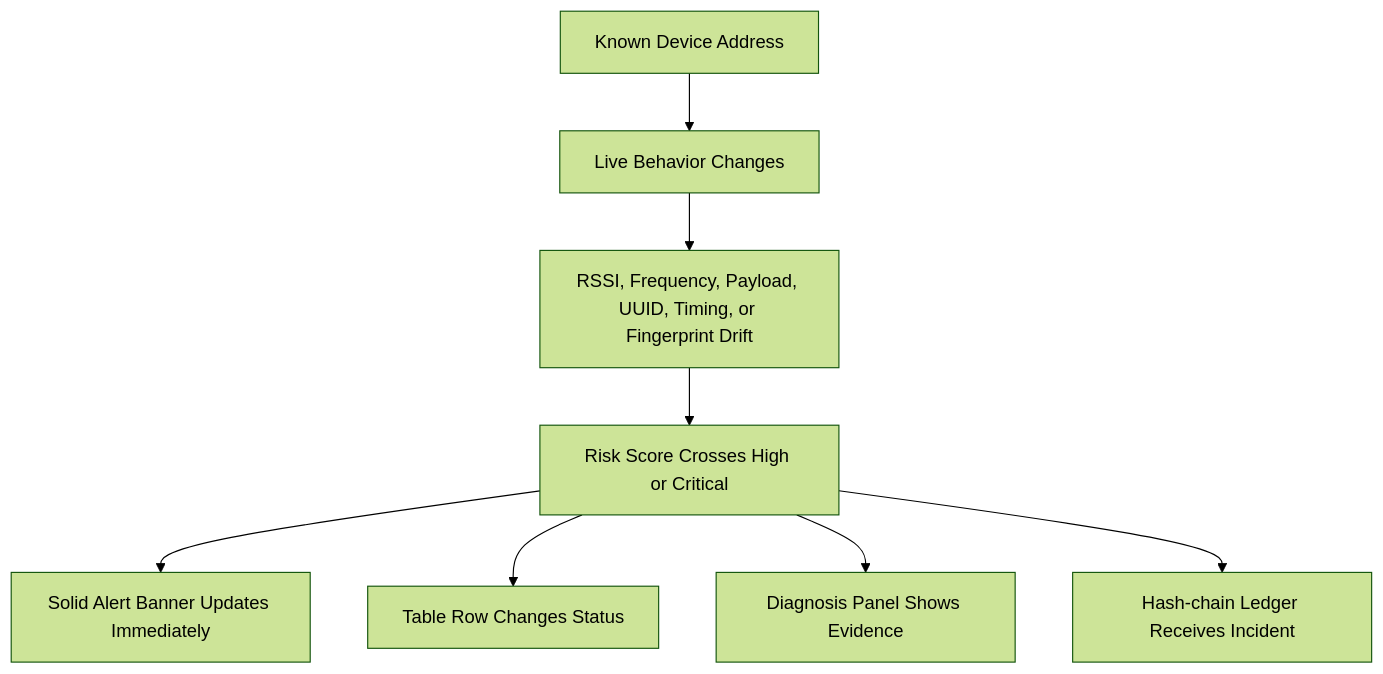
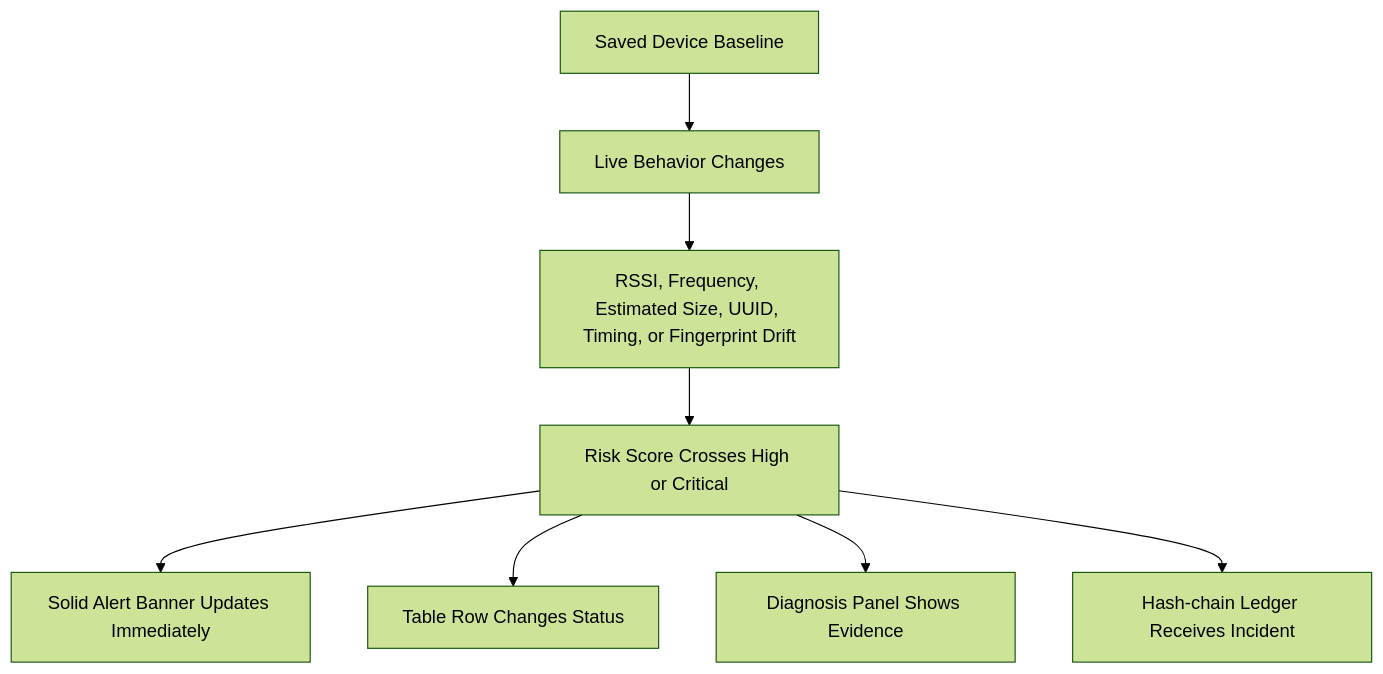
Before and after one commit to manasvi-0523/BLE_TRUST-REGISTRY: the third of 3 diagrams in docs/workflow.md, drawn with Mermaid (forest theme). The commit also changed other lines of this file and 20 other files, not shown here.

Commit message:
fix: align ble trust audit claims and schema

````diff
--- a/docs/workflow.md
+++ b/docs/workflow.md
@@ -44,10 +44,10 @@
 ```mermaid
 flowchart TD
-    A["Known Device Address"] --> B["Live Behavior Changes"]
-    B --> C["RSSI, Frequency, Payload, UUID, Timing, or Fingerprint Drift"]
+    A["Saved Device Baseline"] --> B["Live Behavior Changes"]
+    B --> C["RSSI, Frequency, Estimated Size, UUID, Timing, or Fingerprint Drift"]
     C --> D["Risk Score Crosses High or Critical"]
     D --> E["Solid Alert Banner Updates Immediately"]
     D --> F["Table Row Changes Status"]
     D --> G["Diagnosis Panel Shows Evidence"]
     D --> H["Hash-chain Ledger Receives Incident"]
 ```
````
